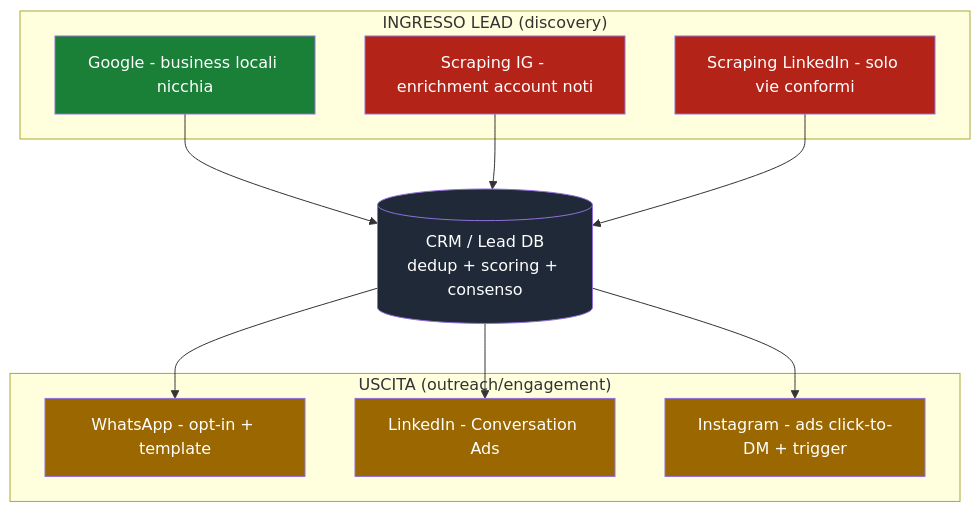
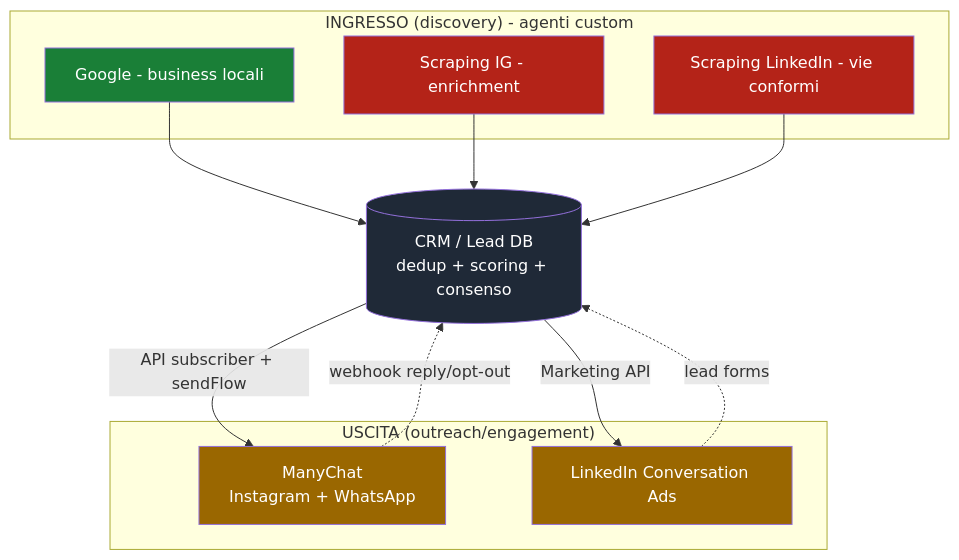
One commit to indigitmarketing-droid/agents-platform changed the sixth of 6 diagrams in docs/agenti-social-lead-gen/README.md. Above: the diagram before and after it, drawn with Mermaid. The commit also changed other lines of this file and 1 other file, not shown here.

First line of the commit message:
docs: integra ManyChat come layer di esecuzione + blueprint operativo

````diff
--- a/docs/agenti-social-lead-gen/README.md
+++ b/docs/agenti-social-lead-gen/README.md
@@ -345,24 +336,24 @@
 ```mermaid
 flowchart TB
-    subgraph IN["INGRESSO LEAD (discovery)"]
-        G[Google - business locali nicchia]:::green
-        SI[Scraping IG - enrichment account noti]:::red
-        SL[Scraping LinkedIn - solo vie conformi]:::red
+    subgraph IN["INGRESSO (discovery) - agenti custom"]
+        G[Google - business locali]:::green
+        SI[Scraping IG - enrichment]:::red
+        SL[Scraping LinkedIn - vie conformi]:::red
     end
     CRM[(CRM / Lead DB<br/>dedup + scoring + consenso)]:::core
     subgraph OUT["USCITA (outreach/engagement)"]
-        W[WhatsApp - opt-in + template]:::yellow
-        L[LinkedIn - Conversation Ads]:::yellow
-        I[Instagram - ads click-to-DM + trigger]:::yellow
+        MC[ManyChat<br/>Instagram + WhatsApp]:::yellow
+        L[LinkedIn Conversation Ads]:::yellow
     end
     G --> CRM
     SI --> CRM
     SL --> CRM
-    CRM --> W
-    CRM --> L
-    CRM --> I
+    CRM -->|API subscriber + sendFlow| MC
+    CRM -->|Marketing API| L
+    MC -. webhook reply/opt-out .-> CRM
+    L -. lead forms .-> CRM
     classDef green fill:#1a7f37,color:#fff
     classDef yellow fill:#9a6700,color:#fff
     classDef red fill:#b42318,color:#fff
     classDef core fill:#1f2937,color:#fff
 ```
````
